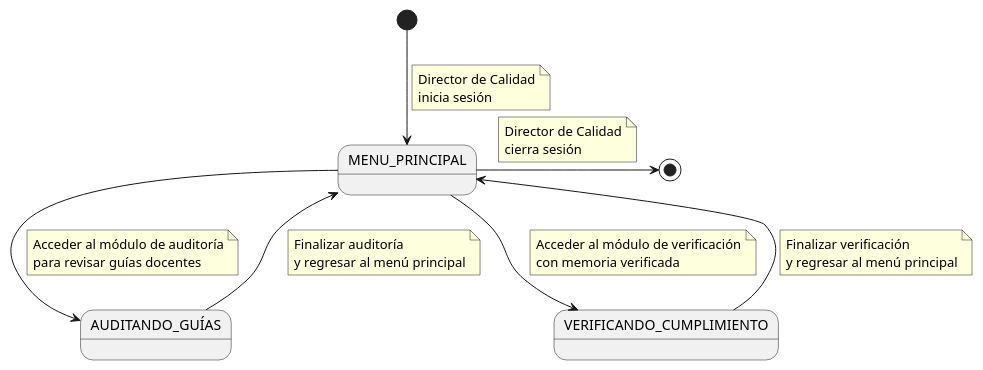
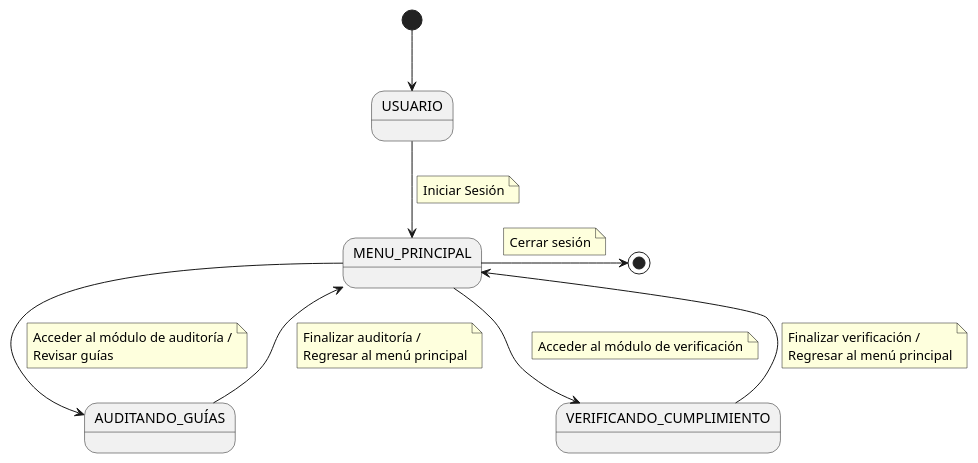
The diagram in CasosDeUso/diagramaDeContexto/DiagramaDeContextoDirectorCalidad.puml (mmasias/24-25-IdSw1-SDR), drawn with PlantUML before and after one commit.

```diff
--- a/CasosDeUso/diagramaDeContexto/DiagramaDeContextoDirectorCalidad.puml
+++ b/CasosDeUso/diagramaDeContexto/DiagramaDeContextoDirectorCalidad.puml
@@ -1,43 +1,44 @@
 @startuml diagramaContextoDirectorCalidad
 
+state "USUARIO" as Usuario
 state "MENU_PRINCIPAL" as MenuPrincipal
 state "AUDITANDO_GUÍAS" as AuditandoGuias
 state "VERIFICANDO_CUMPLIMIENTO" as VerificandoCumplimiento
 
-[*] --> MenuPrincipal
-    note on link
-        Director de Calidad
-        inicia sesión
+[*] -->Usuario
+   
+Usuario --> MenuPrincipal
+     note on link 
+       Iniciar Sesión
     end note
 
 MenuPrincipal -> [*]
     note on link
-        Director de Calidad
-        cierra sesión
+        Cerrar sesión
     end note
+
 
 MenuPrincipal --> AuditandoGuias
     note on link
-        Acceder al módulo de auditoría
-        para revisar guías docentes
+        Acceder al módulo de auditoría /
+        Revisar guías
     end note
 
 AuditandoGuias --> MenuPrincipal
     note on link
-        Finalizar auditoría
-        y regresar al menú principal
+        Finalizar auditoría /
+        Regresar al menú principal
     end note
 
 MenuPrincipal --> VerificandoCumplimiento
     note on link
         Acceder al módulo de verificación
-        con memoria verificada
     end note
 
 VerificandoCumplimiento --> MenuPrincipal
     note on link
-        Finalizar verificación
-        y regresar al menú principal
+        Finalizar verificación /
+        Regresar al menú principal
     end note
 
 @enduml
```
